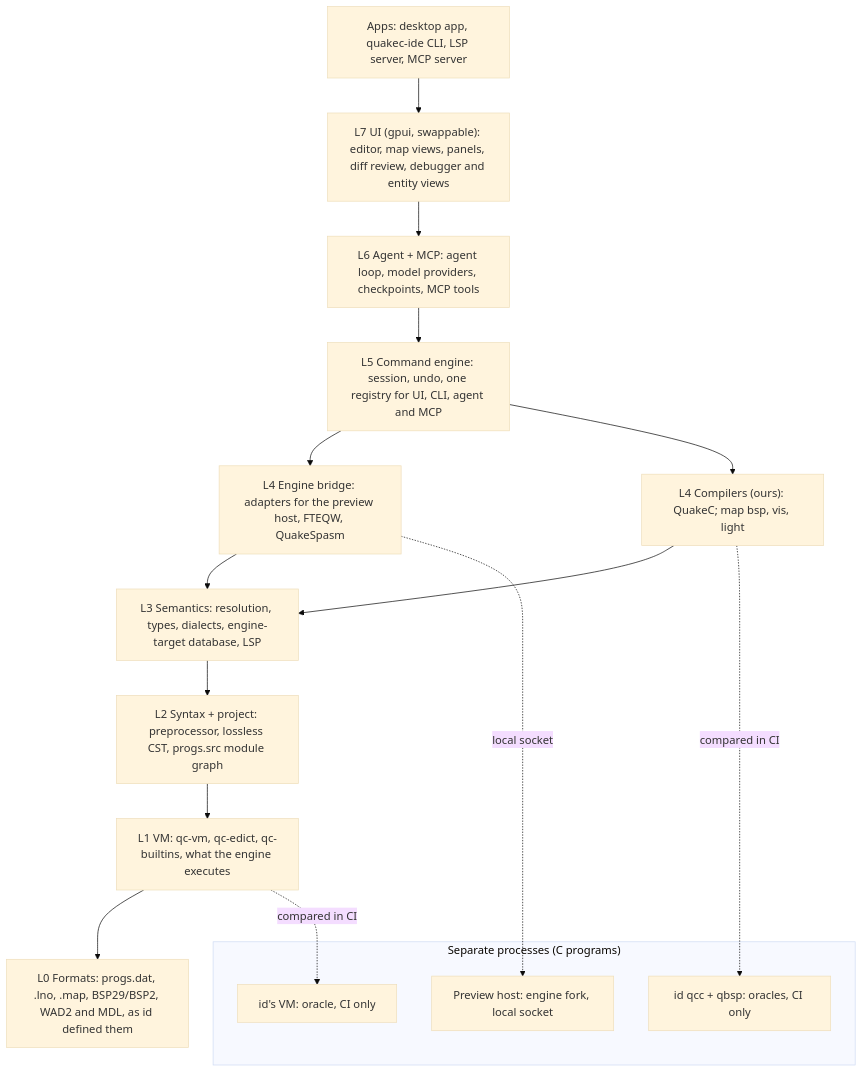
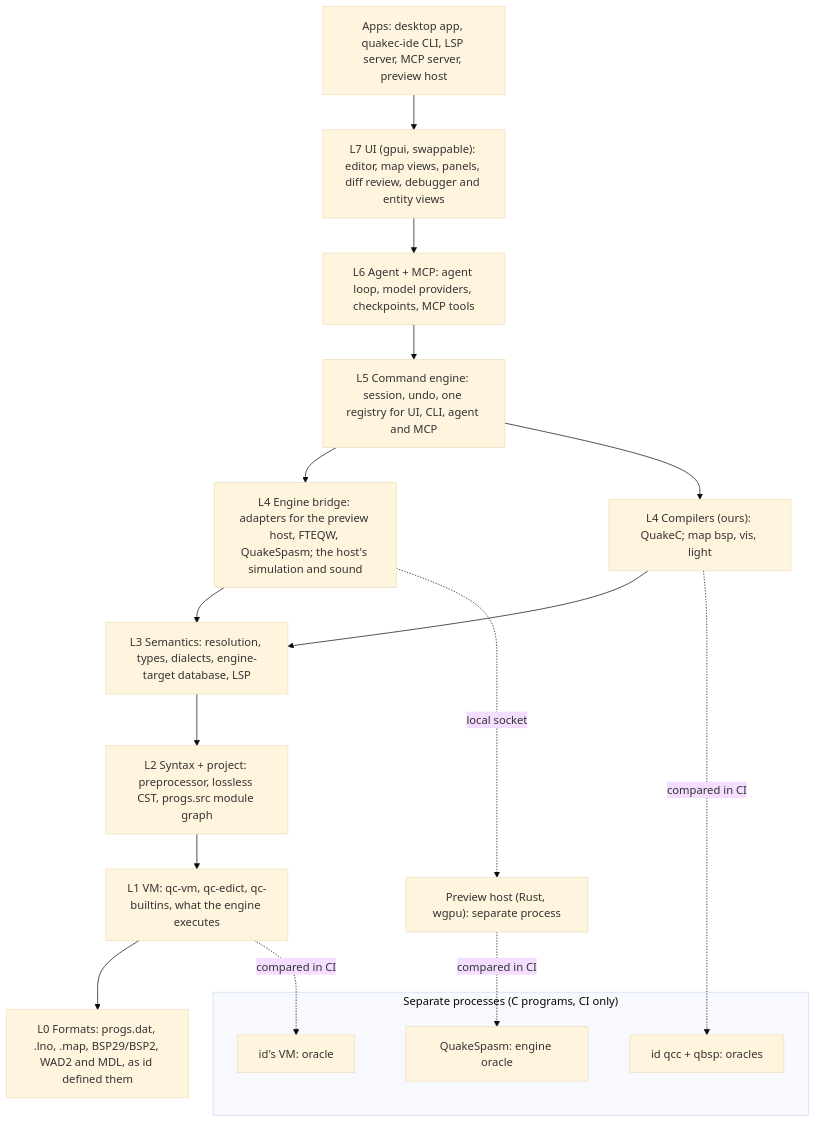
The diagram in docs/design/design-doc.md (quakecstudio/editor), drawn with Mermaid (base theme) before and after one commit. The commit also changed other lines of this file and 10 other files, not shown here.

Commit message:
feat(plan): plan the Rust preview host chosen in ADR-0004

````diff
--- a/docs/design/design-doc.md
+++ b/docs/design/design-doc.md
@@ -92,27 +92,29 @@
 ```mermaid
 flowchart TB
-  apps["Apps: desktop app, quakec-ide CLI, LSP server, MCP server"]
+  apps["Apps: desktop app, quakec-ide CLI, LSP server, MCP server, preview host"]
   ui["L7 UI (gpui, swappable): editor, map views, panels, diff review, debugger and entity views"]
   agent["L6 Agent + MCP: agent loop, model providers, checkpoints, MCP tools"]
   cmd["L5 Command engine: session, undo, one registry for UI, CLI, agent and MCP"]
-  eb["L4 Engine bridge: adapters for the preview host, FTEQW, QuakeSpasm"]
+  eb["L4 Engine bridge: adapters for the preview host, FTEQW, QuakeSpasm; the host's simulation and sound"]
   cb["L4 Compilers (ours): QuakeC; map bsp, vis, light"]
   sema["L3 Semantics: resolution, types, dialects, engine-target database, LSP"]
   syn["L2 Syntax + project: preprocessor, lossless CST, progs.src module graph"]
   vm["L1 VM: qc-vm, qc-edict, qc-builtins, what the engine executes"]
   fmt["L0 Formats: progs.dat, .lno, .map, BSP29/BSP2, WAD2 and MDL, as id defined them"]
-  subgraph gpl["Separate processes (C programs)"]
-    oracles["id qcc + qbsp: oracles, CI only"]
-    host["Preview host: engine fork, local socket"]
-    idvm["id's VM: oracle, CI only"]
+  subgraph gpl["Separate processes (C programs, CI only)"]
+    oracles["id qcc + qbsp: oracles"]
+    engine["QuakeSpasm: engine oracle"]
+    idvm["id's VM: oracle"]
   end
+  host["Preview host (Rust, wgpu): separate process"]
   apps --> ui --> agent --> cmd
   cmd --> eb
   cmd --> cb
   eb --> sema
   cb --> sema
   sema --> syn --> vm --> fmt
   cb -. compared in CI .-> oracles
   eb -. local socket .-> host
+  host -. compared in CI .-> engine
   vm -. compared in CI .-> idvm
 ```
````
